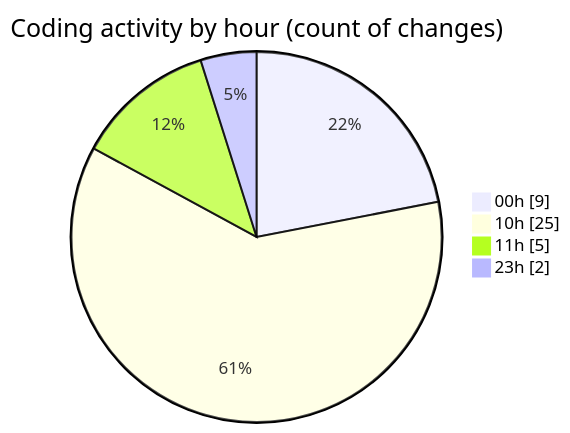
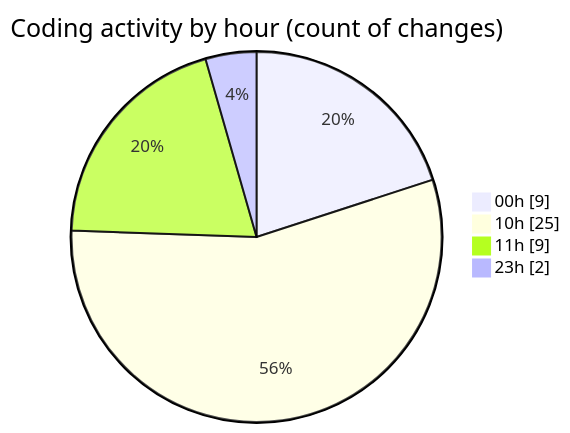
The second of 2 diagrams in 2025-11-15/cdp_aleoudev_fr__workspace_/README.md (julien-gomy/code-tracking), drawn with Mermaid before and after one commit. The commit also changed other lines of this file and 1 other file, not shown here.

````diff
--- a/2025-11-15/cdp_aleoudev_fr__workspace_/README.md
+++ b/2025-11-15/cdp_aleoudev_fr__workspace_/README.md
@@ -34,8 +35,8 @@
 ```mermaid
 pie showData
 title Coding activity by hour (count of changes)
 "00h" : 9
 "10h" : 25
-"11h" : 5
+"11h" : 9
 "23h" : 2
 ```
````
